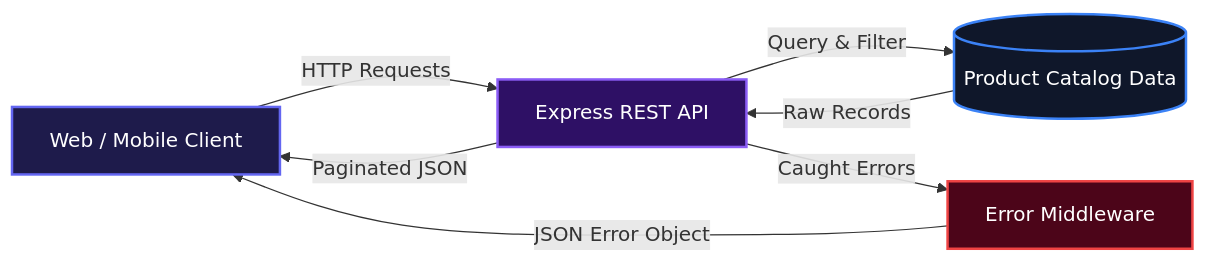
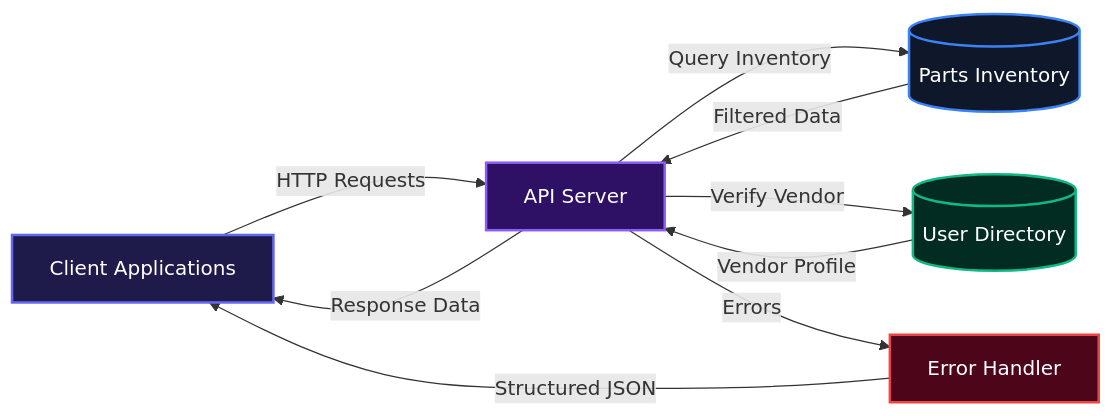
Before and after one commit to Aisdev979/e-commerce_store_api: the first of 3 diagrams in README.md, drawn with Mermaid. The commit also changed other lines of this file, not shown here.

````diff
--- a/README.md
+++ b/README.md
@@ -7,19 +7,23 @@
 ```mermaid
 flowchart LR
-  Client["Web / Mobile Client"]
-  API["Express REST API"]
-  CatalogStore[("Product Catalog Data")]
-  ErrorHandler["Error Middleware"]
+  Client["Client Applications"]
+  API["API Server"]
+  CatalogStore[("Parts Inventory")]
+  UserStore[("User Directory")]
+  ErrorHandler["Error Handler"]
 
   Client -- "HTTP Requests" --> API
-  API -- "Query & Filter" --> CatalogStore
-  CatalogStore -- "Raw Records" --> API
-  API -- "Caught Errors" --> ErrorHandler
-  ErrorHandler -- "JSON Error Object" --> Client
-  API -- "Paginated JSON" --> Client
+  API -- "Query Inventory" --> CatalogStore
+  API -- "Verify Vendor" --> UserStore
+  CatalogStore -- "Filtered Data" --> API
+  UserStore -- "Vendor Profile" --> API
+  API -- "Errors" --> ErrorHandler
+  ErrorHandler -- "Structured JSON" --> Client
+  API -- "Response Data" --> Client
 
   style Client fill:#1e1b4b,stroke:#6366f1,stroke-width:2px,color:#fff
   style API fill:#2e1065,stroke:#8b5cf6,stroke-width:2px,color:#fff
   style CatalogStore fill:#0f172a,stroke:#3b82f6,stroke-width:2px,color:#fff
+  style UserStore fill:#022c22,stroke:#10b981,stroke-width:2px,color:#fff
   style ErrorHandler fill:#4c0519,stroke:#ef4444,stroke-width:2px,color:#fff
 ```
````
